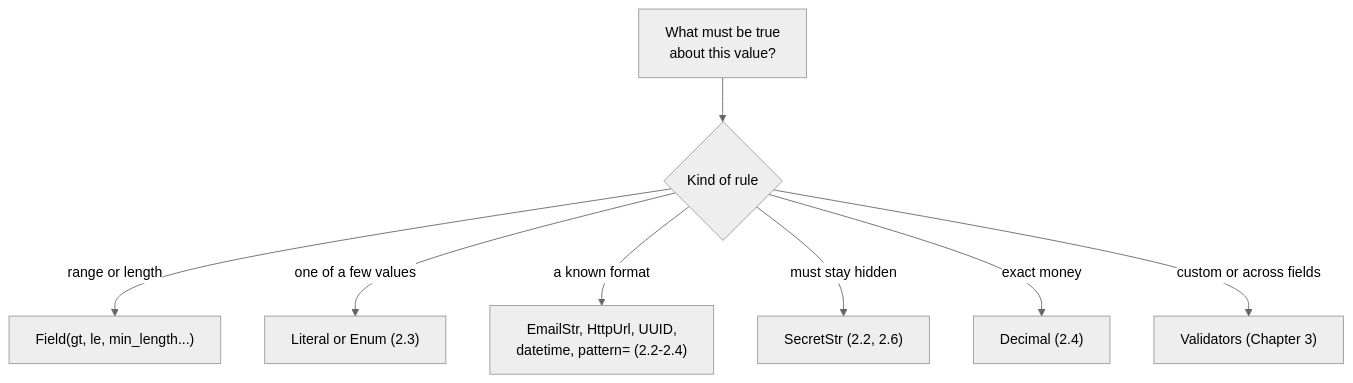
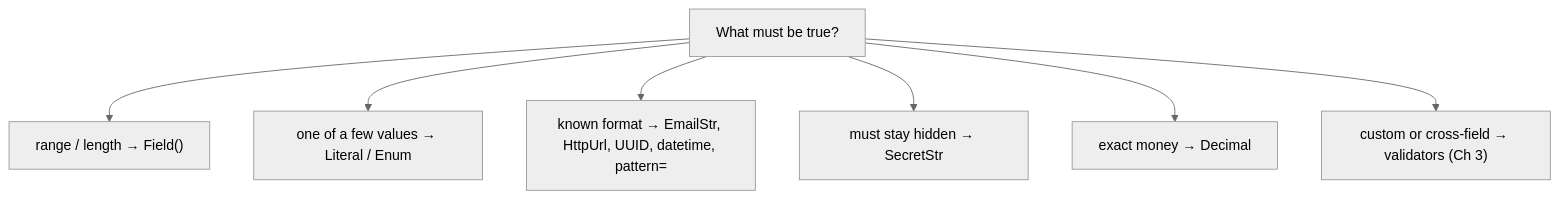
The diagram in books/pydantic/02-field-and-special-types.md (kiaanwankhede/MyNotes), drawn with Mermaid (neutral theme) before and after one commit. The commit also changed other lines of this file and 2 other files, not shown here.

````diff
--- a/books/pydantic/02-field-and-special-types.md
+++ b/books/pydantic/02-field-and-special-types.md
@@ -59,10 +15,9 @@
 ```mermaid
 flowchart TD
-    Q["What must be true<br/>about this value?"] --> A{"Kind of rule"}
-    A -- "range or length" --> F["Field(gt, le, min_length...)"]
-    A -- "one of a few values" --> L["Literal or Enum (2.3)"]
-    A -- "a known format" --> S["EmailStr, HttpUrl, UUID,<br/>datetime, pattern= (2.2-2.4)"]
-    A -- "must stay hidden" --> X["SecretStr (2.2, 2.6)"]
-    A -- "exact money" --> D["Decimal (2.4)"]
-    A -- "custom or across fields" --> V["Validators (Chapter 3)"]
+    Q["What must be true?"] --> F["range / length → Field()"]
+    Q --> L["one of a few values → Literal / Enum"]
+    Q --> S["known format → EmailStr, HttpUrl, UUID, datetime, pattern="]
+    Q --> X["must stay hidden → SecretStr"]
+    Q --> D["exact money → Decimal"]
+    Q --> V["custom or cross-field → validators (Ch 3)"]
 ```
````
